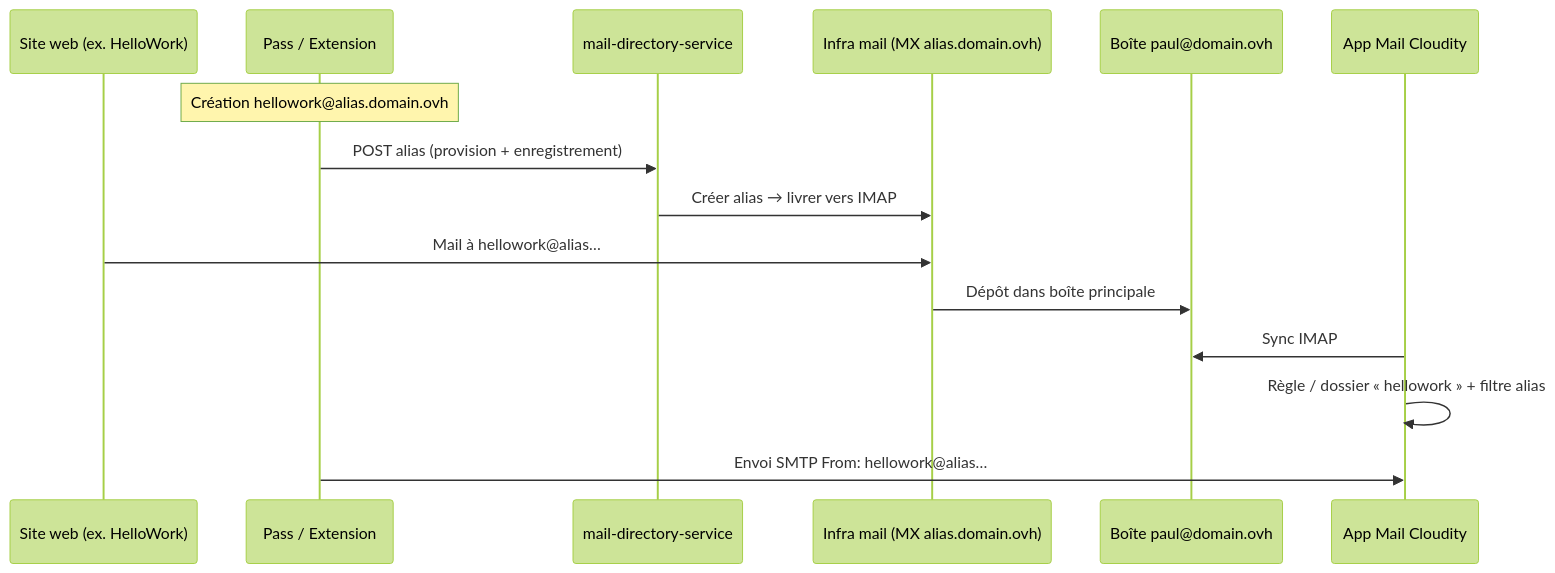
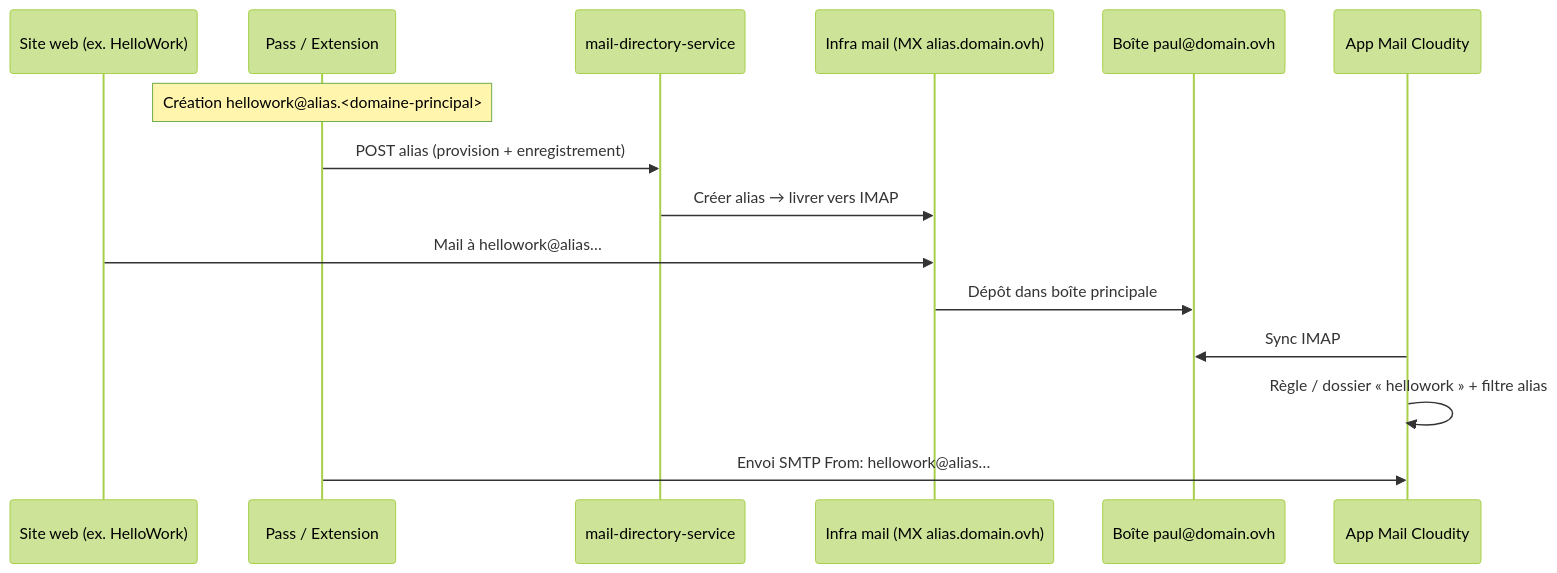
The diagram in docs/produit/MAIL-ALIAS-VISION.md (PavelDelhomme/Cloudity), drawn with Mermaid (forest theme) before and after one commit. The commit also changed other lines of this file and 16 other files, not shown here.

````diff
--- a/docs/produit/MAIL-ALIAS-VISION.md
+++ b/docs/produit/MAIL-ALIAS-VISION.md
@@ -13,18 +13,18 @@
 ```mermaid
 sequenceDiagram
   participant Site as Site web (ex. HelloWork)
   participant Pass as Pass / Extension
   participant API as mail-directory-service
   participant MTA as Infra mail (MX alias.domain.ovh)
   participant IMAP as Boîte paul@domain.ovh
   participant Mail as App Mail Cloudity
 
-  Note over Pass: Création hellowork@alias.domain.ovh
+  Note over Pass: Création hellowork@alias.<domaine-principal>
   Pass->>API: POST alias (provision + enregistrement)
   API->>MTA: Créer alias → livrer vers IMAP
   Site->>MTA: Mail à hellowork@alias…
   MTA->>IMAP: Dépôt dans boîte principale
   Mail->>IMAP: Sync IMAP
   Mail->>Mail: Règle / dossier « hellowork » + filtre alias
   Pass->>Mail: Envoi SMTP From: hellowork@alias…
 ```
````
